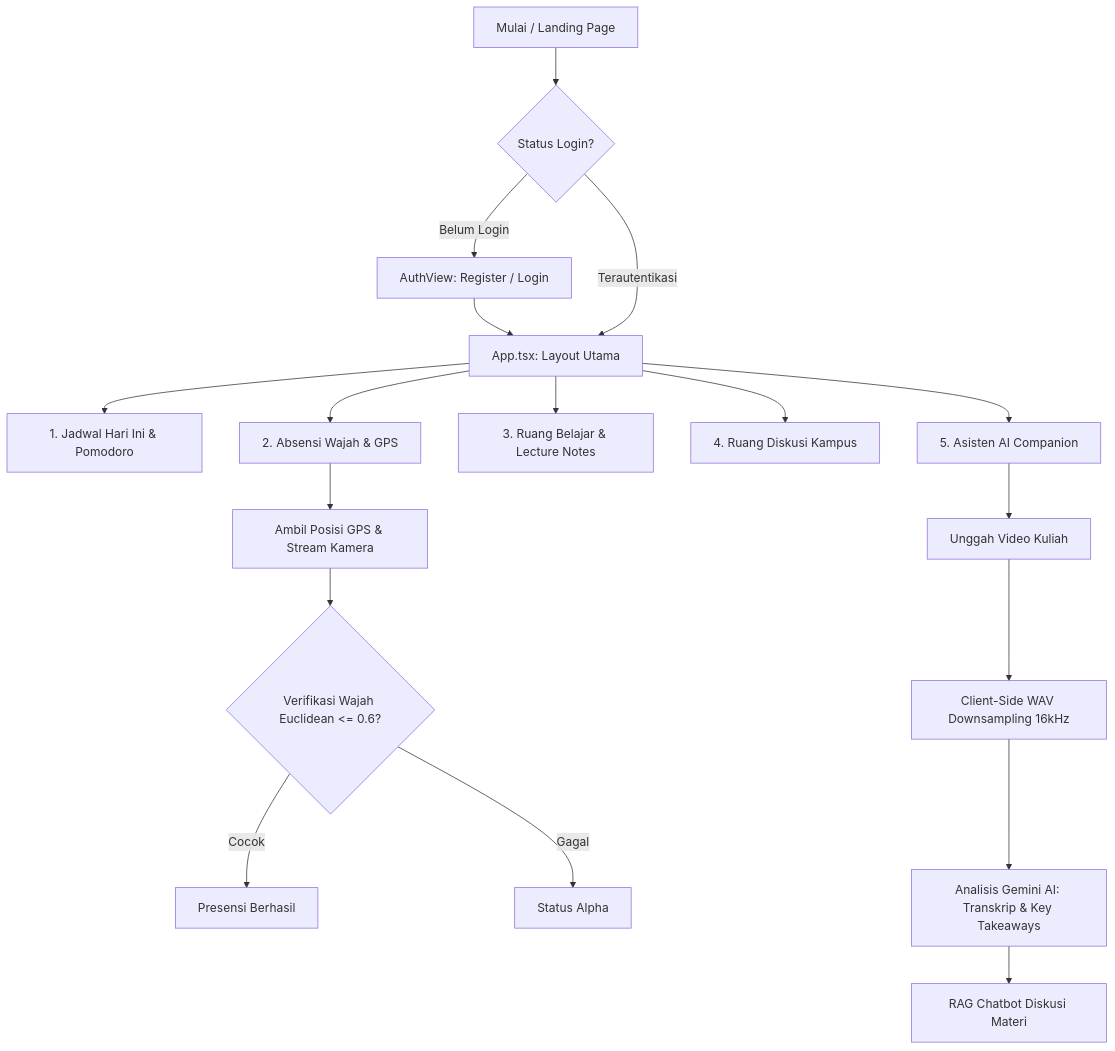
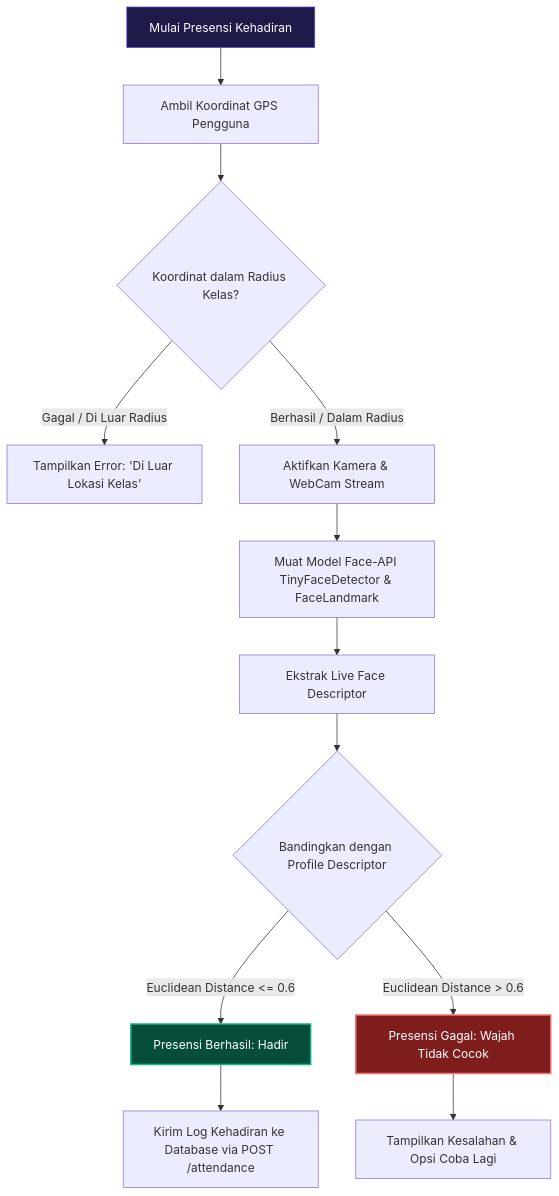
The second of 3 diagrams in README.md (Arfwjn/Planly-Website), drawn with Mermaid before and after one commit. The commit also changed other lines of this file and 1 other file, not shown here.

````diff
--- a/README.md
+++ b/README.md
@@ -26,23 +124,22 @@
 ```mermaid
 graph TD
-    A[Mulai / Landing Page] --> B{Status Login?}
-    B -- Belum Login --> C[AuthView: Register / Login]
-    C --> D[App.tsx: Layout Utama]
-    B -- Terautentikasi --> D
+    Start[Mulai Presensi Kehadiran] --> GetGPS[Ambil Koordinat GPS Pengguna]
+    GetGPS --> CompareGPS{Koordinat dalam Radius Kelas?}
     
-    D --> E[1. Jadwal Hari Ini & Pomodoro]
-    D --> F[2. Absensi Wajah & GPS]
-    D --> G[3. Ruang Belajar & Lecture Notes]
-    D --> H[4. Ruang Diskusi Kampus]
-    D --> I[5. Asisten AI Companion]
+    CompareGPS -- Gagal / Di Luar Radius --> ErrorGPS[Tampilkan Error: 'Di Luar Lokasi Kelas']
+    CompareGPS -- Berhasil / Dalam Radius --> OpenCam[Aktifkan Kamera & WebCam Stream]
     
-    F --> F1[Ambil Posisi GPS & Stream Kamera]
-    F1 --> F2{Verifikasi Wajah Euclidean <= 0.6?}
-    F2 -- Cocok --> F3[Presensi Berhasil]
-    F2 -- Gagal --> F4[Status Alpha]
-
-    I --> I1[Unggah Video Kuliah]
-    I1 --> I2[Client-Side WAV Downsampling 16kHz]
-    I2 --> I3[Analisis Gemini AI: Transkrip & Key Takeaways]
-    I3 --> I4[RAG Chatbot Diskusi Materi]
+    OpenCam --> LoadModels[Muat Model Face-API TinyFaceDetector & FaceLandmark]
+    LoadModels --> DetectFace[Ekstrak Live Face Descriptor]
+    DetectFace --> CompareFace{Bandingkan dengan Profile Descriptor}
+    
+    CompareFace -- Euclidean Distance <= 0.6 --> Success[Presensi Berhasil: Hadir]
+    CompareFace -- Euclidean Distance > 0.6 --> Fail[Presensi Gagal: Wajah Tidak Cocok]
+    
+    Success --> SendAPI[Kirim Log Kehadiran ke Database via POST /attendance]
+    Fail --> ShowRetry[Tampilkan Kesalahan & Opsi Coba Lagi]
+    
+    style Start fill:#1e1b4b,stroke:#4f46e5,stroke-width:1px,color:#fff
+    style Success fill:#064e3b,stroke:#10b981,stroke-width:2px,color:#fff
+    style Fail fill:#7f1d1d,stroke:#f87171,stroke-width:2px,color:#fff
 ```
````
